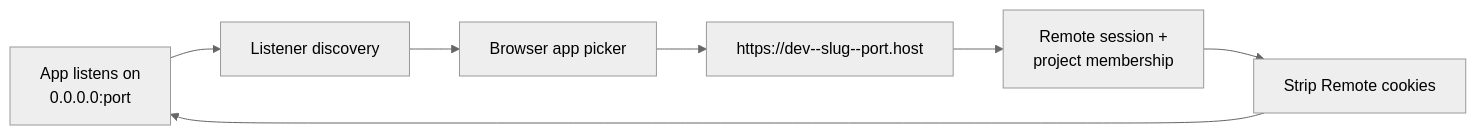
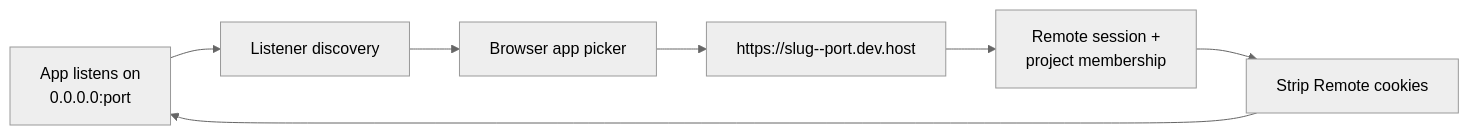
Before and after one commit to AbdallahMohamedDotnet/remote.futrx: the diagram in docs/02-user-guide/06-previews-and-inspector.md, drawn with Mermaid (neutral theme). The commit also changed other lines of this file and 47 other files, not shown here.

````diff
--- a/docs/02-user-guide/06-previews-and-inspector.md
+++ b/docs/02-user-guide/06-previews-and-inspector.md
@@ -48,9 +48,9 @@
 ```mermaid
 flowchart LR
     App["App listens on<br/>0.0.0.0:port"] --> Scan["Listener discovery"]
     Scan --> Picker["Browser app picker"]
-    Picker --> HTTPS["https://dev--slug--port.host"]
+    Picker --> HTTPS["https://slug--port.dev.host"]
     HTTPS --> Auth["Remote session +<br/>project membership"]
     Auth --> Strip["Strip Remote cookies"]
     Strip --> App
 ```
````
